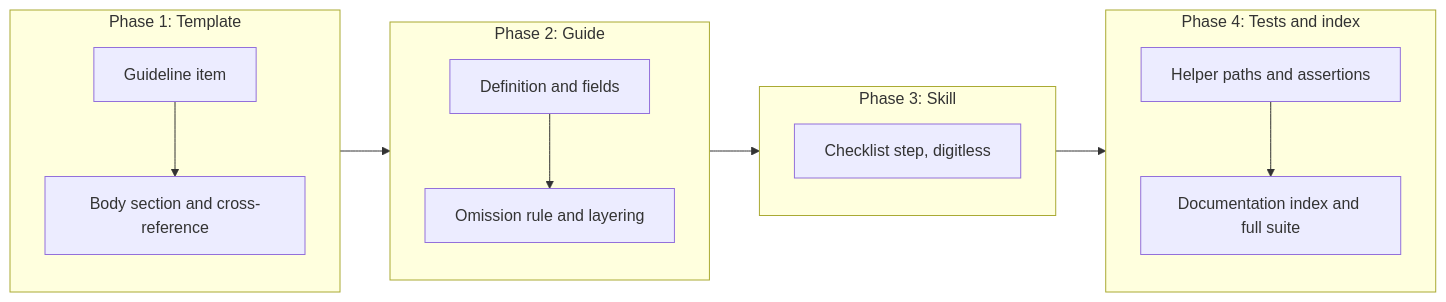
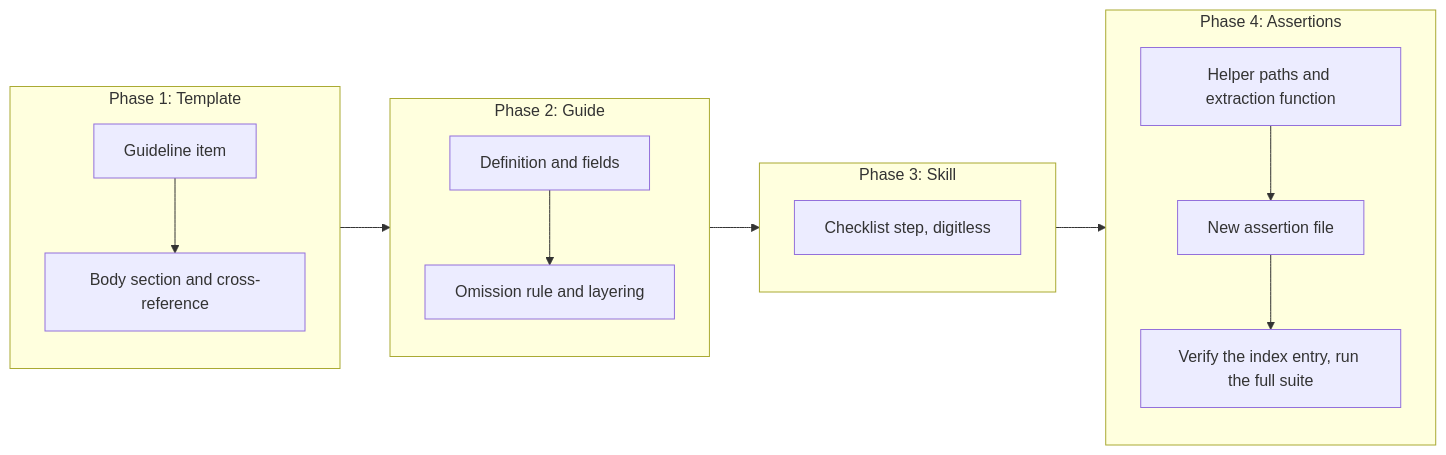
One commit to desek/governance changed the third of 3 diagrams in docs/cr/CR-0018-model-based-testing-section.md. Above: the diagram before and after it, drawn with Mermaid. The commit also changed other lines of this file, not shown here.

````diff
--- a/docs/cr/CR-0018-model-based-testing-section.md
+++ b/docs/cr/CR-0018-model-based-testing-section.md
@@ -201,16 +211,17 @@
 ```mermaid
 flowchart LR
     subgraph Phase1["Phase 1: Template"]
         A1["Guideline item"] --> A2["Body section and cross-reference"]
     end
     subgraph Phase2["Phase 2: Guide"]
         B1["Definition and fields"] --> B2["Omission rule and layering"]
     end
     subgraph Phase3["Phase 3: Skill"]
         C1["Checklist step, digitless"]
     end
-    subgraph Phase4["Phase 4: Tests and index"]
-        D1["Helper paths and assertions"] --> D2["Documentation index and full suite"]
+    subgraph Phase4["Phase 4: Assertions"]
+        D1["Helper paths and extraction function"] --> D2["New assertion file"]
+        D2 --> D3["Verify the index entry, run the full suite"]
     end
     Phase1 --> Phase2 --> Phase3 --> Phase4
 ```
````
